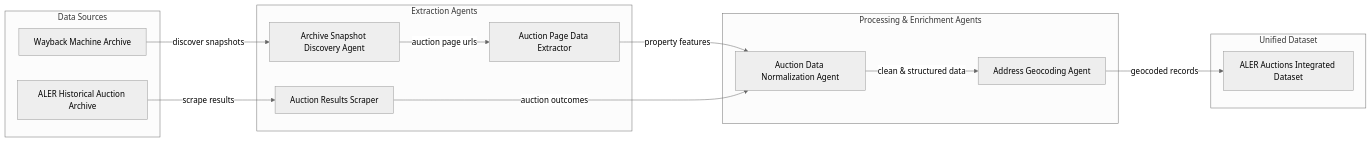
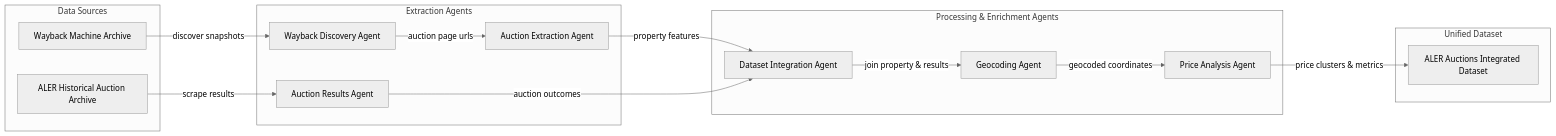
The diagram in .agent/architecture.md (fabiana001/aler_auction), drawn with Mermaid (neutral theme) before and after one commit. The commit also changed other lines of this file and 11 other files, not shown here.

Commit message:
refactor: Update agent names, architecture diagram, and orchestration logic, introduce price analysis, and switch geocoding to googlemaps, added tests and documented limitations

````diff
--- a/.agent/architecture.md
+++ b/.agent/architecture.md
@@ -7,46 +7,48 @@
 ```mermaid
 graph LR
 
 %% --------------------
 %% DATA SOURCES
 %% --------------------
 subgraph DATA_SOURCES["Data Sources"]
     A[Wayback Machine Archive]
     B[ALER Historical Auction Archive]
 end
 
 %% --------------------
 %% EXTRACTION AGENTS
 %% --------------------
 subgraph EXTRACTION_AGENTS["Extraction Agents"]
-    C[Archive Snapshot Discovery Agent]
-    D[Auction Page Data Extractor]
-    E[Auction Results Scraper]
+    C[Wayback Discovery Agent]
+    D[Auction Extraction Agent]
+    E[Auction Results Agent]
 end
 
 %% --------------------
 %% PROCESSING AGENTS
 %% --------------------
 subgraph PROCESSING_AGENTS["Processing & Enrichment Agents"]
-    F[Auction Data Normalization Agent]
-    G[Address Geocoding Agent]
+    F[Dataset Integration Agent]
+    G[Geocoding Agent]
+    H[Price Analysis Agent]
 end
 
 %% --------------------
 %% FINAL DATASET
 %% --------------------
 subgraph DATASET["Unified Dataset"]
-    H[ALER Auctions Integrated Dataset]
+    I[ALER Auctions Integrated Dataset]
 end
 
 %% FLOW
 A -->|discover snapshots| C
 C -->|auction page urls| D
 D -->|property features| F
 
 B -->|scrape results| E
 E -->|auction outcomes| F
 
-F -->|clean & structured data| G
-G -->|geocoded records| H
+F -->|join property & results| G
+G -->|geocoded coordinates| H
+H -->|price clusters & metrics| I
 ```
````
